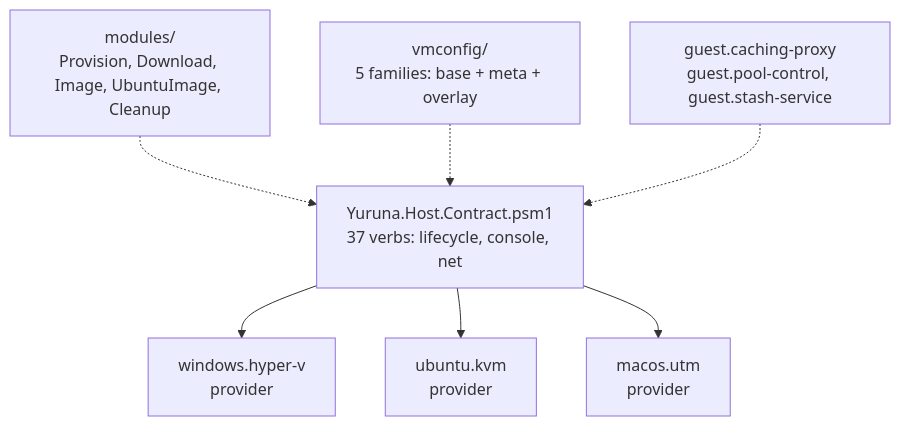
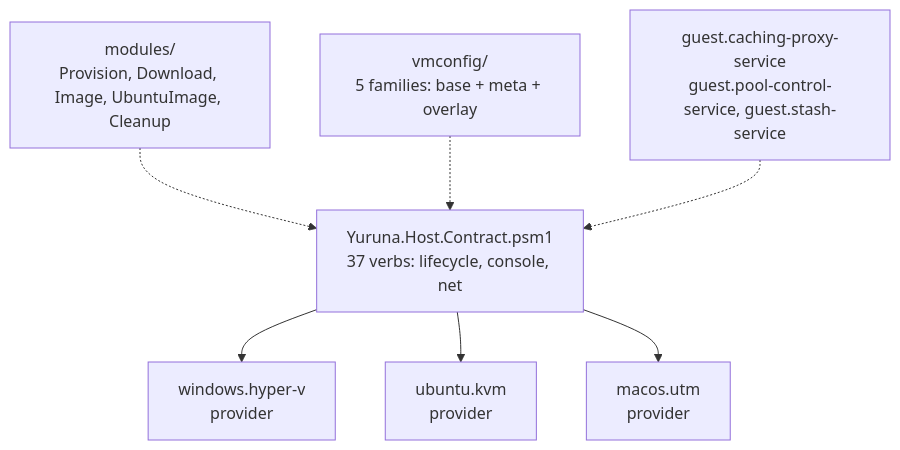
The second of 7 diagrams in docs/design/02-component-breakdown.md (alissonsol/yuruna), drawn with Mermaid before and after one commit. The commit also changed other lines of this file and 737 other files, not shown here.

````diff
--- a/docs/design/02-component-breakdown.md
+++ b/docs/design/02-component-breakdown.md
@@ -80,17 +80,17 @@
 ```mermaid
 flowchart TD
     windows-hyperv[windows.hyper-v<br/>provider]
     ubuntu-kvm[ubuntu.kvm<br/>provider]
     macos-utm[macos.utm<br/>provider]
     host-contract[Yuruna.Host.Contract.psm1<br/>37 verbs: lifecycle, console, net]
     host-modules[modules/<br/>Provision, Download, Image, UbuntuImage, Cleanup]
     vmconfig[vmconfig/<br/>5 families: base + meta + overlay]
-    infra-guests[guest.caching-proxy<br/>guest.pool-control, guest.stash-service]
+    infra-guests[guest.caching-proxy-service<br/>guest.pool-control-service, guest.stash-service]
 
     host-contract --> windows-hyperv
     host-contract --> ubuntu-kvm
     host-contract --> macos-utm
     host-modules -.-> host-contract
     vmconfig -.-> host-contract
     infra-guests -.-> host-contract
 ```
````
